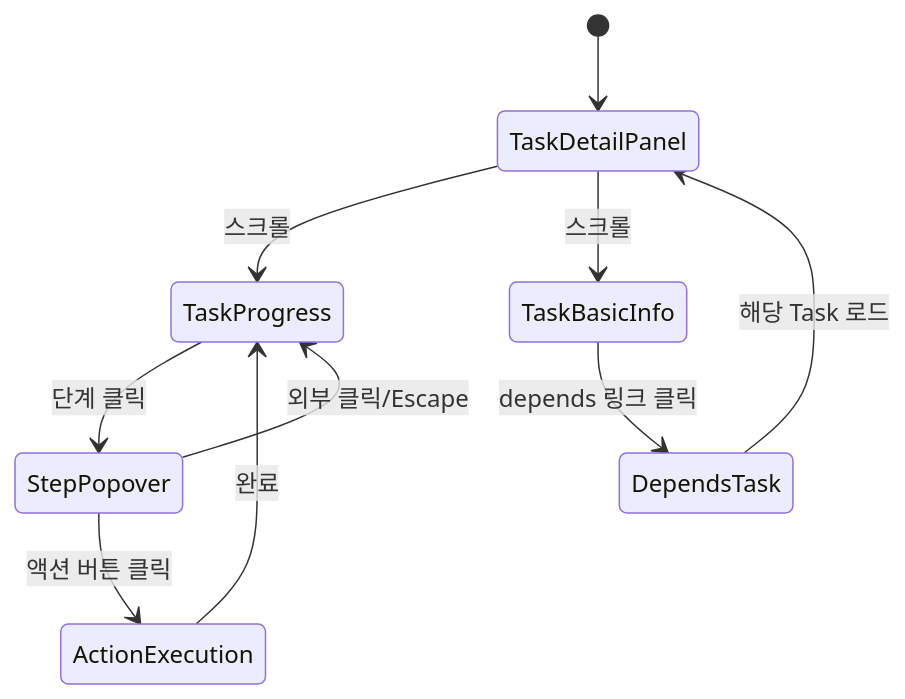
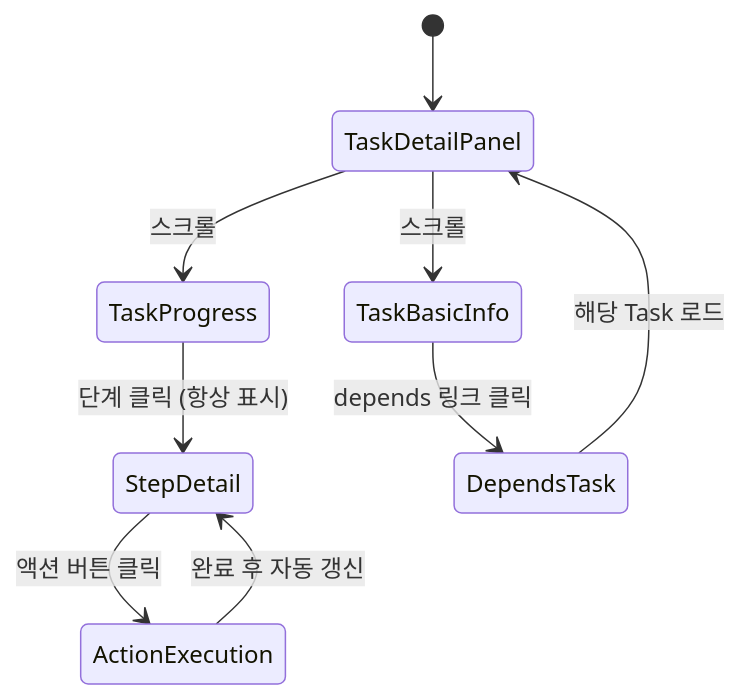
One commit to jongik-sv/jjiban changed the diagram in .jjiban/projects/jjiban/tasks/TSK-08-07/011-ui-design.md. Above: the diagram before and after it, drawn with Mermaid. The commit also changed other lines of this file and 64 other files, not shown here.

````diff
--- a/.jjiban/projects/jjiban/tasks/TSK-08-07/011-ui-design.md
+++ b/.jjiban/projects/jjiban/tasks/TSK-08-07/011-ui-design.md
@@ -28,13 +35,12 @@
 ```mermaid
 stateDiagram-v2
     [*] --> TaskDetailPanel
     TaskDetailPanel --> TaskProgress: 스크롤
-    TaskProgress --> StepPopover: 단계 클릭
-    StepPopover --> ActionExecution: 액션 버튼 클릭
-    StepPopover --> TaskProgress: 외부 클릭/Escape
-    ActionExecution --> TaskProgress: 완료
+    TaskProgress --> StepDetail: 단계 클릭 (항상 표시)
+    StepDetail --> ActionExecution: 액션 버튼 클릭
+    ActionExecution --> StepDetail: 완료 후 자동 갱신
 
     TaskDetailPanel --> TaskBasicInfo: 스크롤
     TaskBasicInfo --> DependsTask: depends 링크 클릭
     DependsTask --> TaskDetailPanel: 해당 Task 로드
 ```
````
